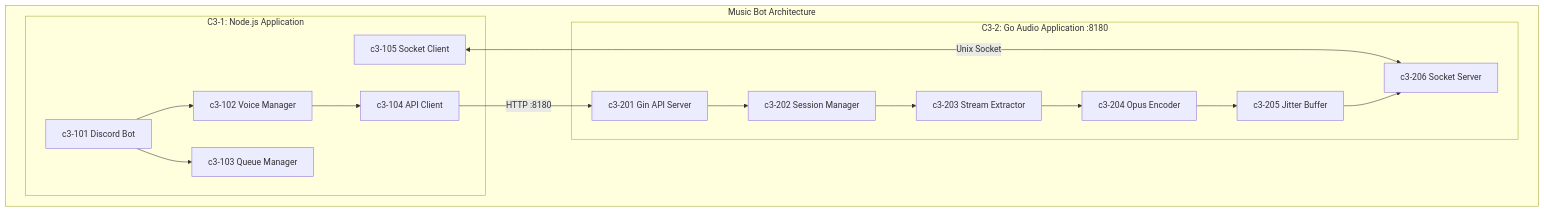
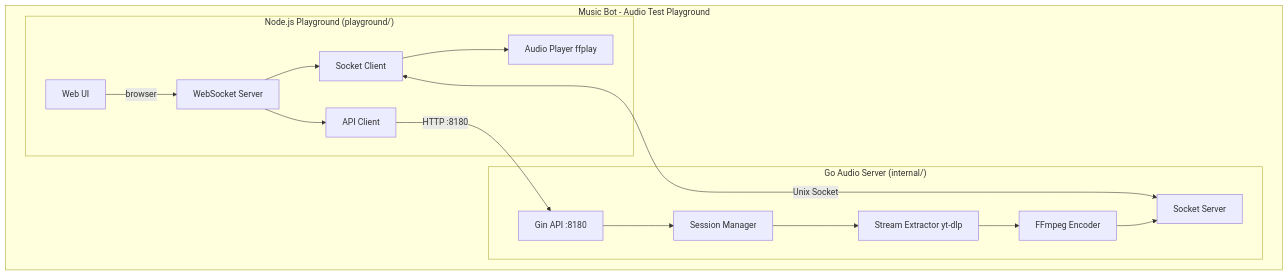
The first of 5 diagrams in .claude/skills/topic-creator/SKILL.md (thewind121212/natashi), drawn with Mermaid before and after one commit. The commit also changed other lines of this file and 3 other files, not shown here.

````diff
--- a/.claude/skills/topic-creator/SKILL.md
+++ b/.claude/skills/topic-creator/SKILL.md
@@ -20,27 +20,26 @@
 ```mermaid
 flowchart TB
-    subgraph System["Music Bot Architecture"]
-        subgraph C3_1["C3-1: Node.js Application"]
-            C101[c3-101 Discord Bot]
-            C102[c3-102 Voice Manager]
-            C103[c3-103 Queue Manager]
-            C104[c3-104 API Client]
-            C105[c3-105 Socket Client]
+    subgraph System["Music Bot - Audio Test Playground"]
+        subgraph Playground["Node.js Playground (playground/)"]
+            WEB[Web UI]
+            WS[WebSocket Server]
+            API_C[API Client]
+            SOCK_C[Socket Client]
+            PLAYER[Audio Player ffplay]
         end
 
-        subgraph C3_2["C3-2: Go Audio Application :8180"]
-            C201[c3-201 Gin API Server]
-            C202[c3-202 Session Manager]
-            C203[c3-203 Stream Extractor]
-            C204[c3-204 Opus Encoder]
-            C205[c3-205 Jitter Buffer]
-            C206[c3-206 Socket Server]
+        subgraph Go["Go Audio Server (internal/)"]
+            API[Gin API :8180]
+            SESSION[Session Manager]
+            EXTRACT[Stream Extractor yt-dlp]
+            ENCODE[FFmpeg Encoder]
+            SOCKET[Socket Server]
         end
     end
 
-    C101 --> C102 --> C104
-    C101 --> C103
-    C104 -->|HTTP :8180| C201
-    C105 <-->|Unix Socket| C206
-    C201 --> C202 --> C203 --> C204 --> C205 --> C206
+    WEB -->|browser| WS
+    WS --> API_C -->|HTTP :8180| API
+    WS --> SOCK_C <-->|Unix Socket| SOCKET
+    SOCK_C --> PLAYER
+    API --> SESSION --> EXTRACT --> ENCODE --> SOCKET
 ```
````
